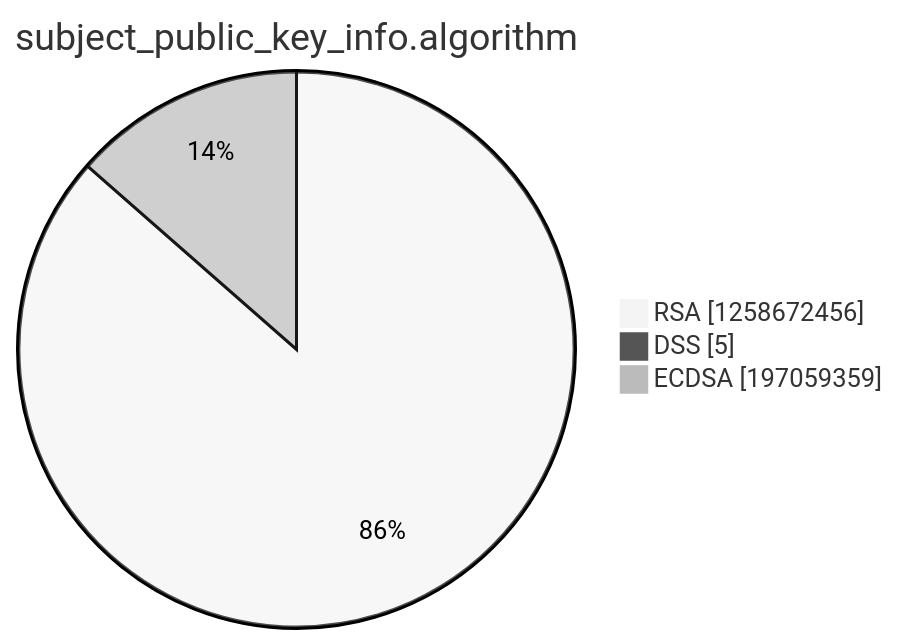
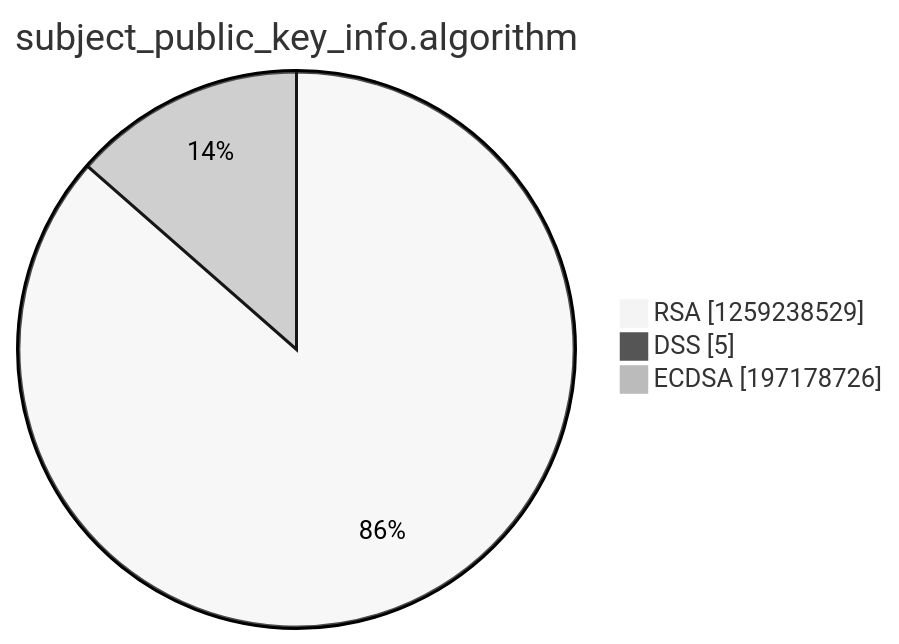
The third of 15 diagrams in argon2022/README.md (christiankrug/ctmonitor_visualization), drawn with Mermaid (neutral theme) before and after one commit. The commit also changed other lines of this file, not shown here.

````diff
--- a/argon2022/README.md
+++ b/argon2022/README.md
@@ -14,7 +14,7 @@
 ```mermaid
 pie showData
 title subject_public_key_info.algorithm
-"RSA" :1258672456
+"RSA" :1259238529
 "DSS" :5
-"ECDSA" :197059359
+"ECDSA" :197178726
 ```
````
